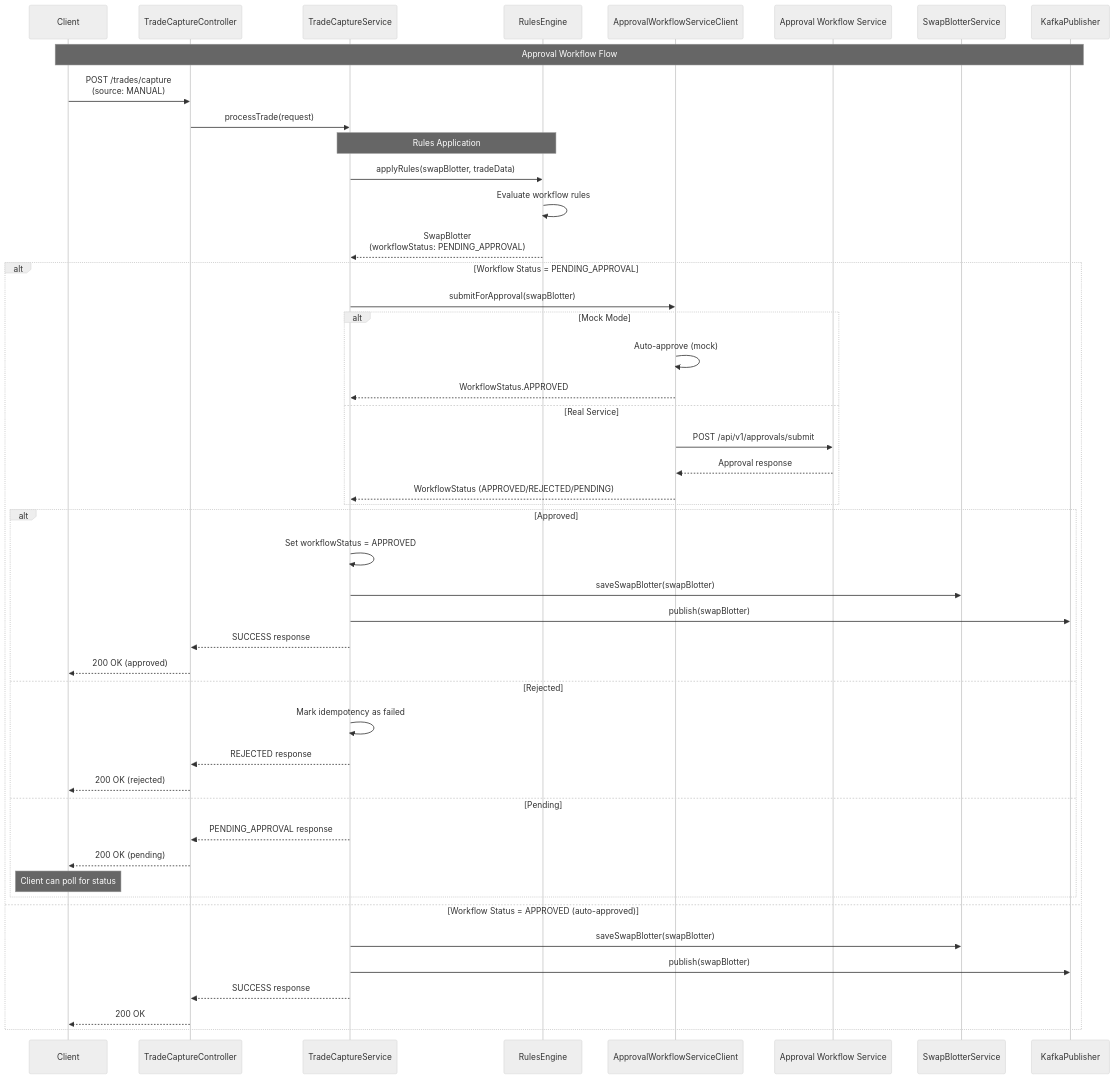
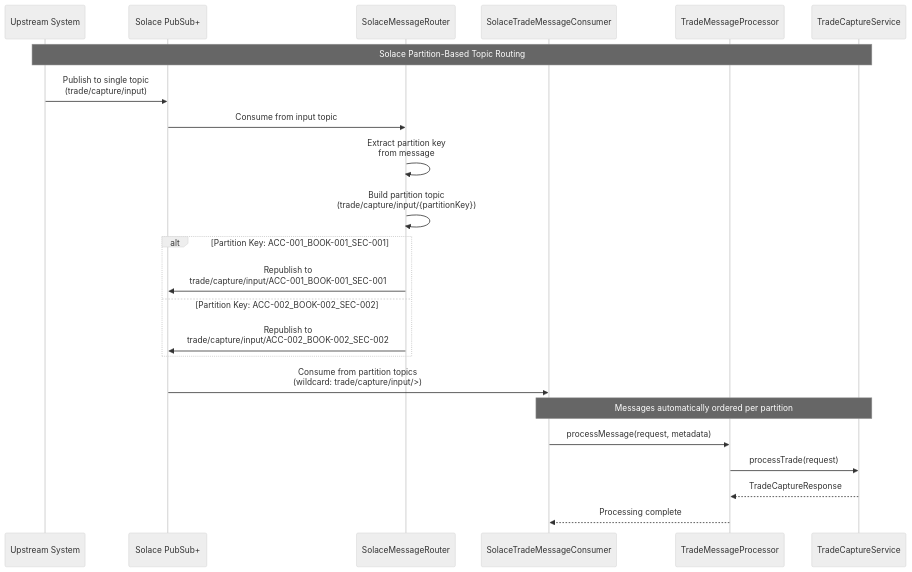
Before and after one commit to srviswan/pb-synth-tradecapture-svc: the sixth of 6 diagrams in docs/trade-capture-sequence-diagram.md, drawn with Mermaid (neutral theme). The commit also changed other lines of this file and 1 other file, not shown here.

First line of the commit message:
Add callback URL usage guide and regenerate sequence diagrams

````diff
--- a/docs/trade-capture-sequence-diagram.md
+++ b/docs/trade-capture-sequence-diagram.md
@@ -334,55 +538,31 @@
 ```mermaid
 sequenceDiagram
-    participant Client
-    participant API as TradeCaptureController
+    participant Upstream as Upstream System
+    participant Solace as Solace PubSub+
+    participant Router as SolaceMessageRouter
+    participant Consumer as SolaceTradeMessageConsumer
+    participant TMP as TradeMessageProcessor
     participant TCS as TradeCaptureService
-    participant RE as RulesEngine
-    participant AWS as ApprovalWorkflowServiceClient
-    participant ApprovalSvc as Approval Workflow Service
-    participant SBS as SwapBlotterService
-    participant KP as KafkaPublisher
 
-    Note over Client,KP: Approval Workflow Flow
+    Note over Upstream,TCS: Solace Partition-Based Topic Routing
 
-    Client->>API: POST /trades/capture<br/>(source: MANUAL)
-    API->>TCS: processTrade(request)
+    Upstream->>Solace: Publish to single topic<br/>(trade/capture/input)
+    Solace->>Router: Consume from input topic
     
-    Note over TCS,RE: Rules Application
-    TCS->>RE: applyRules(swapBlotter, tradeData)
-    RE->>RE: Evaluate workflow rules
-    RE-->>TCS: SwapBlotter<br/>(workflowStatus: PENDING_APPROVAL)
+    Router->>Router: Extract partition key<br/>from message
+    Router->>Router: Build partition topic<br/>(trade/capture/input/{partitionKey})
     
-    alt Workflow Status = PENDING_APPROVAL
-        TCS->>AWS: submitForApproval(swapBlotter)
-        
-        alt Mock Mode
-            AWS->>AWS: Auto-approve (mock)
-            AWS-->>TCS: WorkflowStatus.APPROVED
-        else Real Service
-            AWS->>ApprovalSvc: POST /api/v1/approvals/submit
-            ApprovalSvc-->>AWS: Approval response
-            AWS-->>TCS: WorkflowStatus (APPROVED/REJECTED/PENDING)
-        end
-        
-        alt Approved
-            TCS->>TCS: Set workflowStatus = APPROVED
-            TCS->>SBS: saveSwapBlotter(swapBlotter)
-            TCS->>KP: publish(swapBlotter)
-            TCS-->>API: SUCCESS response
-            API-->>Client: 200 OK (approved)
-        else Rejected
-            TCS->>TCS: Mark idempotency as failed
-            TCS-->>API: REJECTED response
-            API-->>Client: 200 OK (rejected)
-        else Pending
-            TCS-->>API: PENDING_APPROVAL response
-            API-->>Client: 200 OK (pending)
-            Note over Client: Client can poll for status
-        end
-    else Workflow Status = APPROVED (auto-approved)
-        TCS->>SBS: saveSwapBlotter(swapBlotter)
-        TCS->>KP: publish(swapBlotter)
-        TCS-->>API: SUCCESS response
-        API-->>Client: 200 OK
+    alt Partition Key: ACC-001_BOOK-001_SEC-001
+        Router->>Solace: Republish to<br/>trade/capture/input/ACC-001_BOOK-001_SEC-001
+    else Partition Key: ACC-002_BOOK-002_SEC-002
+        Router->>Solace: Republish to<br/>trade/capture/input/ACC-002_BOOK-002_SEC-002
     end
+    
+    Solace->>Consumer: Consume from partition topics<br/>(wildcard: trade/capture/input/>)
+    
+    Note over Consumer,TCS: Messages automatically ordered per partition
+    Consumer->>TMP: processMessage(request, metadata)
+    TMP->>TCS: processTrade(request)
+    TCS-->>TMP: TradeCaptureResponse
+    TMP-->>Consumer: Processing complete
 ```
````
